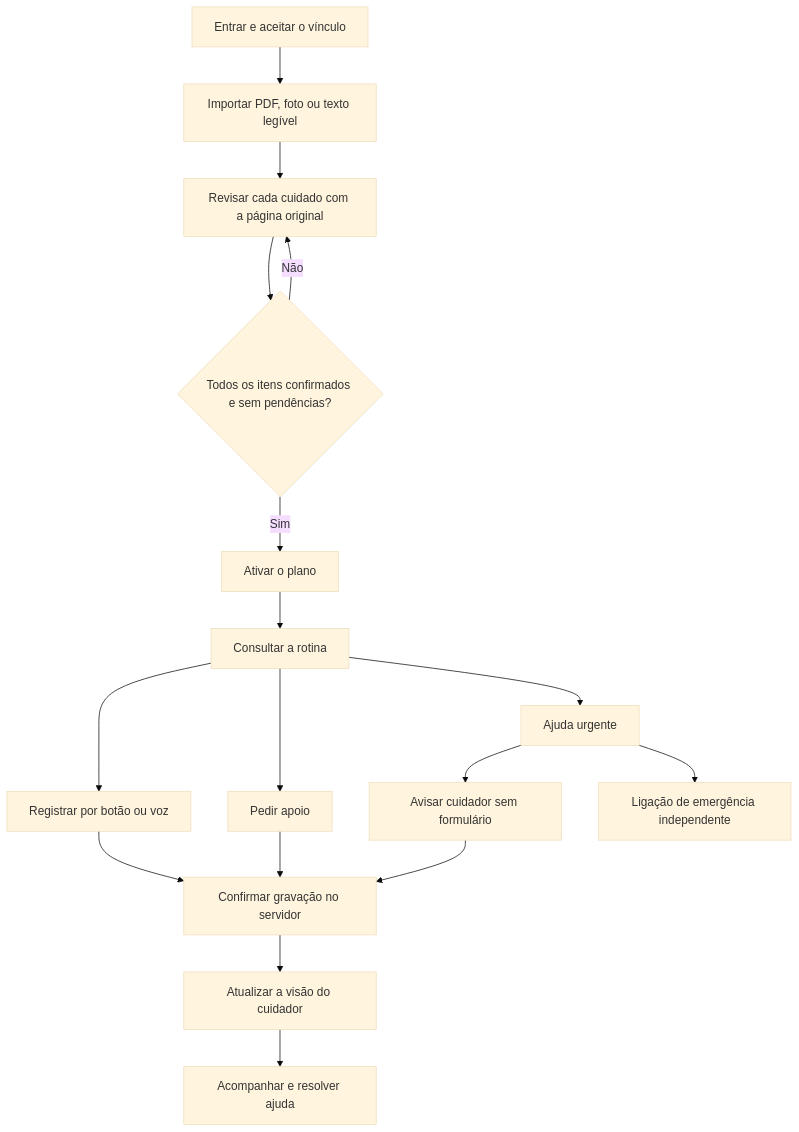
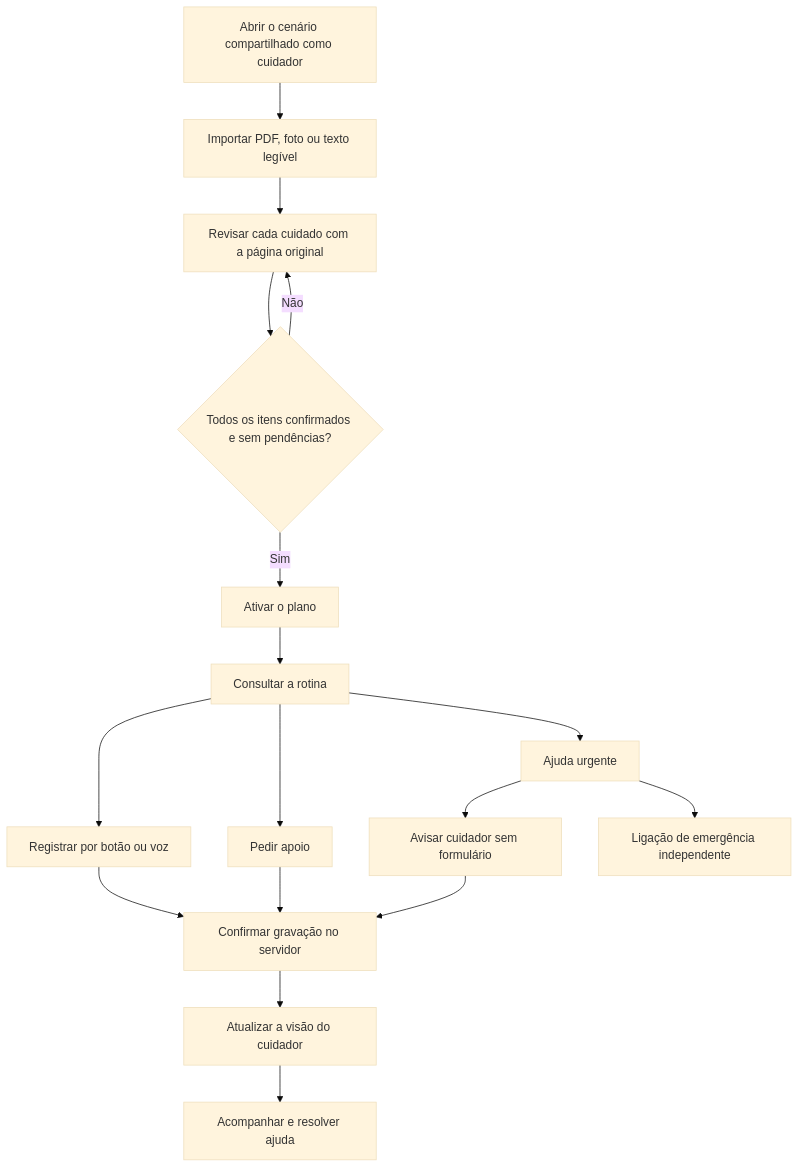
The diagram in docs/product/direction.md (johnsilvavlogs/cuidado-em-casa), drawn with Mermaid (base theme) before and after one commit. The commit also changed other lines of this file and 2 other files, not shown here.

````diff
--- a/docs/product/direction.md
+++ b/docs/product/direction.md
@@ -20,19 +20,19 @@
 ```mermaid
 flowchart TD
-  A[Entrar e aceitar o vínculo] --> B[Importar PDF, foto ou texto legível]
+  A[Abrir o cenário compartilhado como cuidador] --> B[Importar PDF, foto ou texto legível]
   B --> C[Revisar cada cuidado com a página original]
   C --> D{Todos os itens confirmados e sem pendências?}
   D -->|Não| C
   D -->|Sim| E[Ativar o plano]
   E --> F[Consultar a rotina]
   F --> G[Registrar por botão ou voz]
   F --> H[Pedir apoio]
   F --> U[Ajuda urgente]
   G --> I[Confirmar gravação no servidor]
   H --> I
   U --> J[Avisar cuidador sem formulário]
   U --> K[Ligação de emergência independente]
   J --> I
   I --> L[Atualizar a visão do cuidador]
   L --> M[Acompanhar e resolver ajuda]
 ```
````
